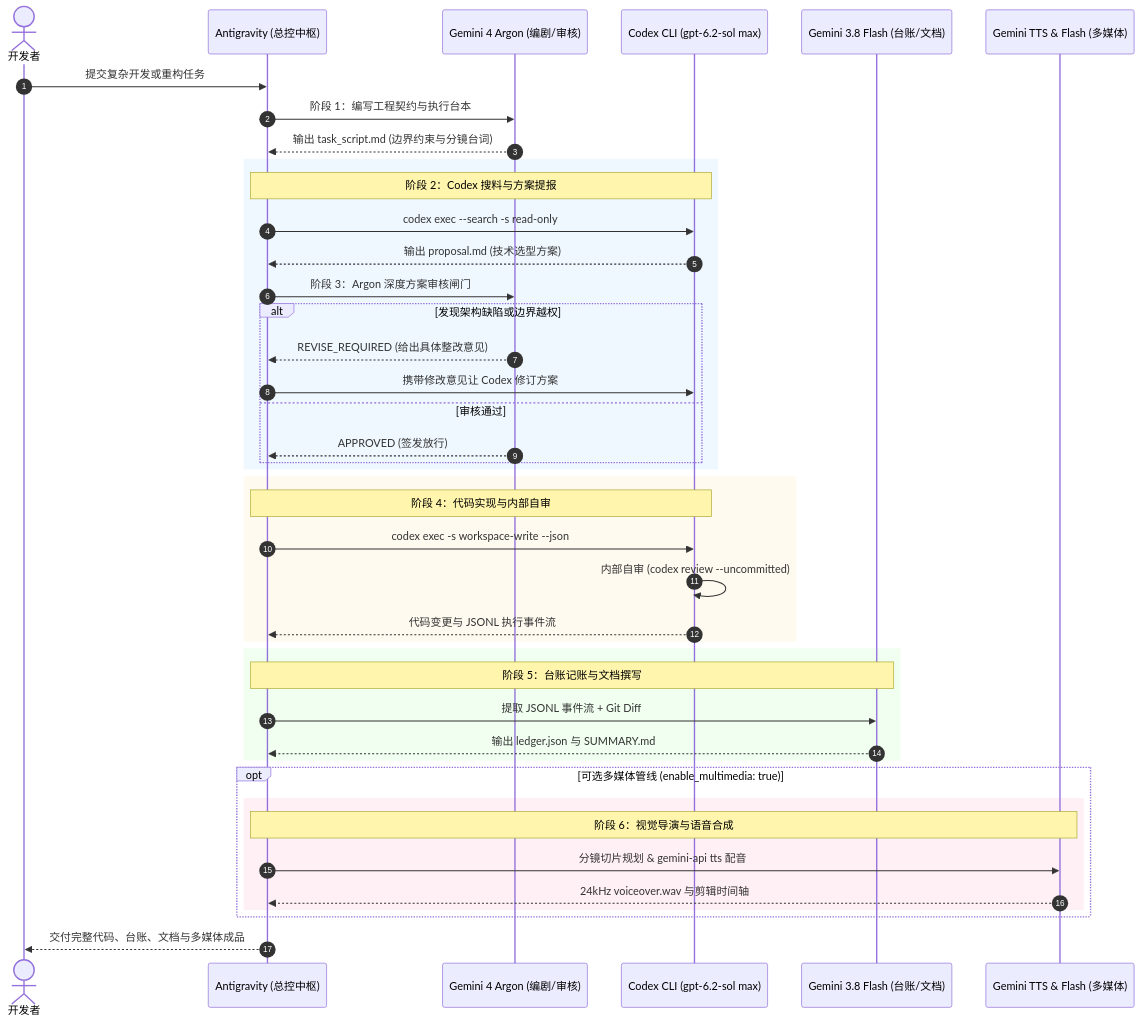
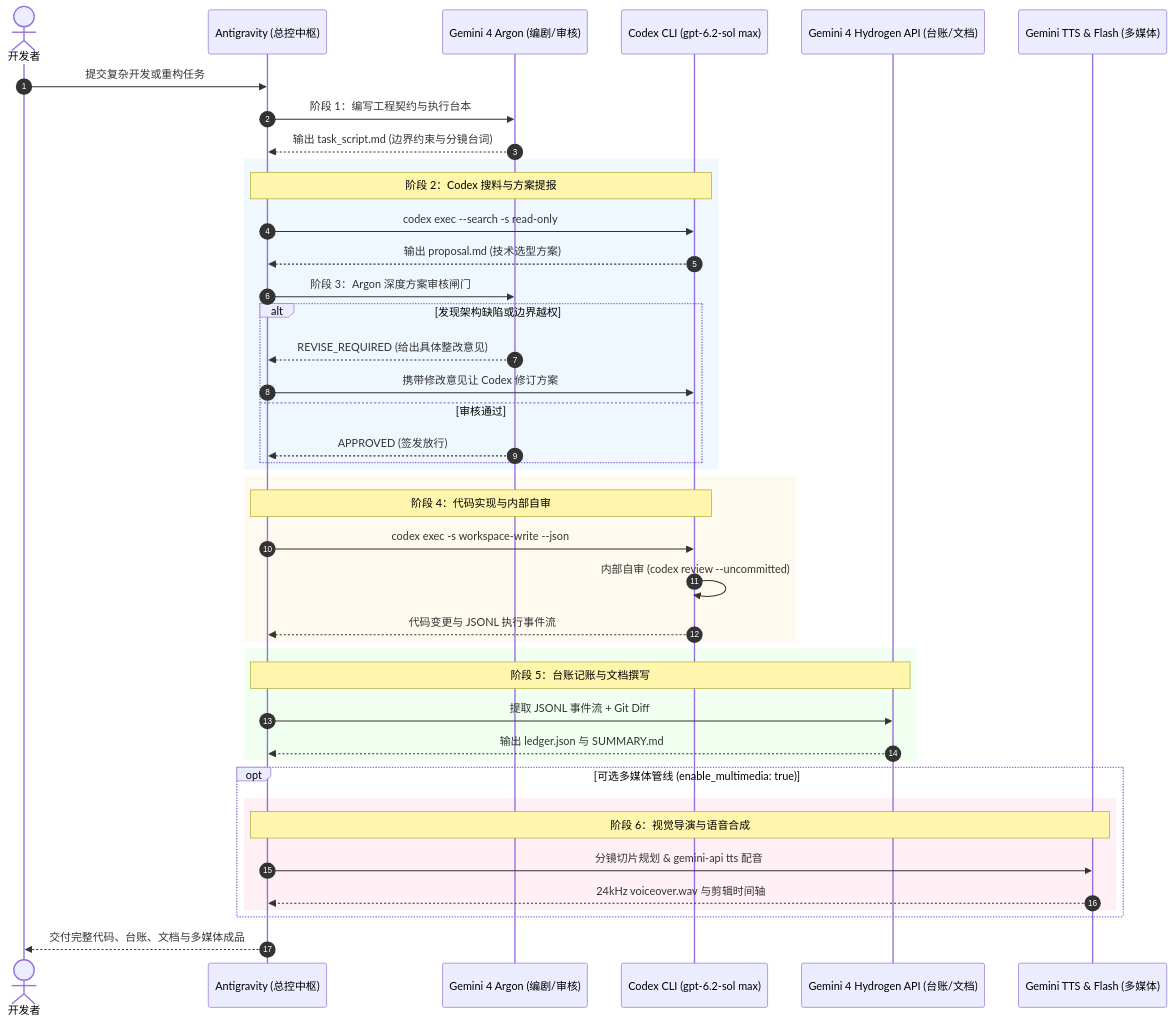
Before and after one commit to TardisBooo/antigravity-codex-orchestrator: the diagram in README.zh-CN.md, drawn with Mermaid. The commit also changed other lines of this file and 6 other files, not shown here.

Commit message:
feat: run playbook Phase 5 (ledger/docs) on Gemini 4 Hydrogen via key-file API; add hydrogen_call.py with selftest and retry

````diff
--- a/README.zh-CN.md
+++ b/README.zh-CN.md
@@ -36,50 +36,50 @@
 ```mermaid
 sequenceDiagram
     autonumber
     actor User as 开发者
     participant AGY as Antigravity (总控中枢)
     participant Argon as Gemini 4 Argon (编剧/审核)
     participant Codex as Codex CLI (gpt-6.2-sol max)
-    participant Flash as Gemini 3.8 Flash (台账/文档)
+    participant Flash as Gemini 4 Hydrogen API (台账/文档)
     participant Media as Gemini TTS & Flash (多媒体)
 
     User->>AGY: 提交复杂开发或重构任务
     AGY->>Argon: 阶段 1：编写工程契约与执行台本
     Argon-->>AGY: 输出 task_script.md (边界约束与分镜台词)
 
     rect rgb(240, 248, 255)
     Note over AGY, Codex: 阶段 2：Codex 搜料与方案提报
     AGY->>Codex: codex exec --search -s read-only
     Codex-->>AGY: 输出 proposal.md (技术选型方案)
     AGY->>Argon: 阶段 3：Argon 深度方案审核闸门
     alt 发现架构缺陷或边界越权
         Argon-->>AGY: REVISE_REQUIRED (给出具体整改意见)
         AGY->>Codex: 携带修改意见让 Codex 修订方案
     else 审核通过
         Argon-->>AGY: APPROVED (签发放行)
     end
     end
 
     rect rgb(255, 250, 240)
     Note over AGY, Codex: 阶段 4：代码实现与内部自审
     AGY->>Codex: codex exec -s workspace-write --json
     Codex->>Codex: 内部自审 (codex review --uncommitted)
     Codex-->>AGY: 代码变更与 JSONL 执行事件流
     end
 
     rect rgb(240, 255, 240)
     Note over AGY, Flash: 阶段 5：台账记账与文档撰写
     AGY->>Flash: 提取 JSONL 事件流 + Git Diff
     Flash-->>AGY: 输出 ledger.json 与 SUMMARY.md
     end
 
     opt 可选多媒体管线 (enable_multimedia: true)
     rect rgb(255, 240, 245)
     Note over AGY, Media: 阶段 6：视觉导演与语音合成
     AGY->>Media: 分镜切片规划 & gemini-api tts 配音
     Media-->>AGY: 24kHz voiceover.wav 与剪辑时间轴
     end
     end
 
     AGY-->>User: 交付完整代码、台账、文档与多媒体成品
 ```
````
